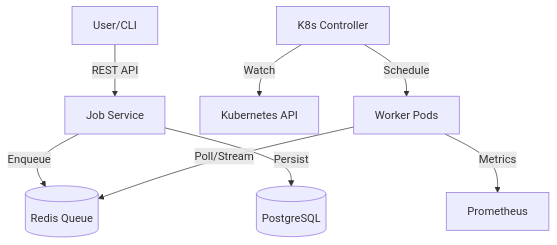
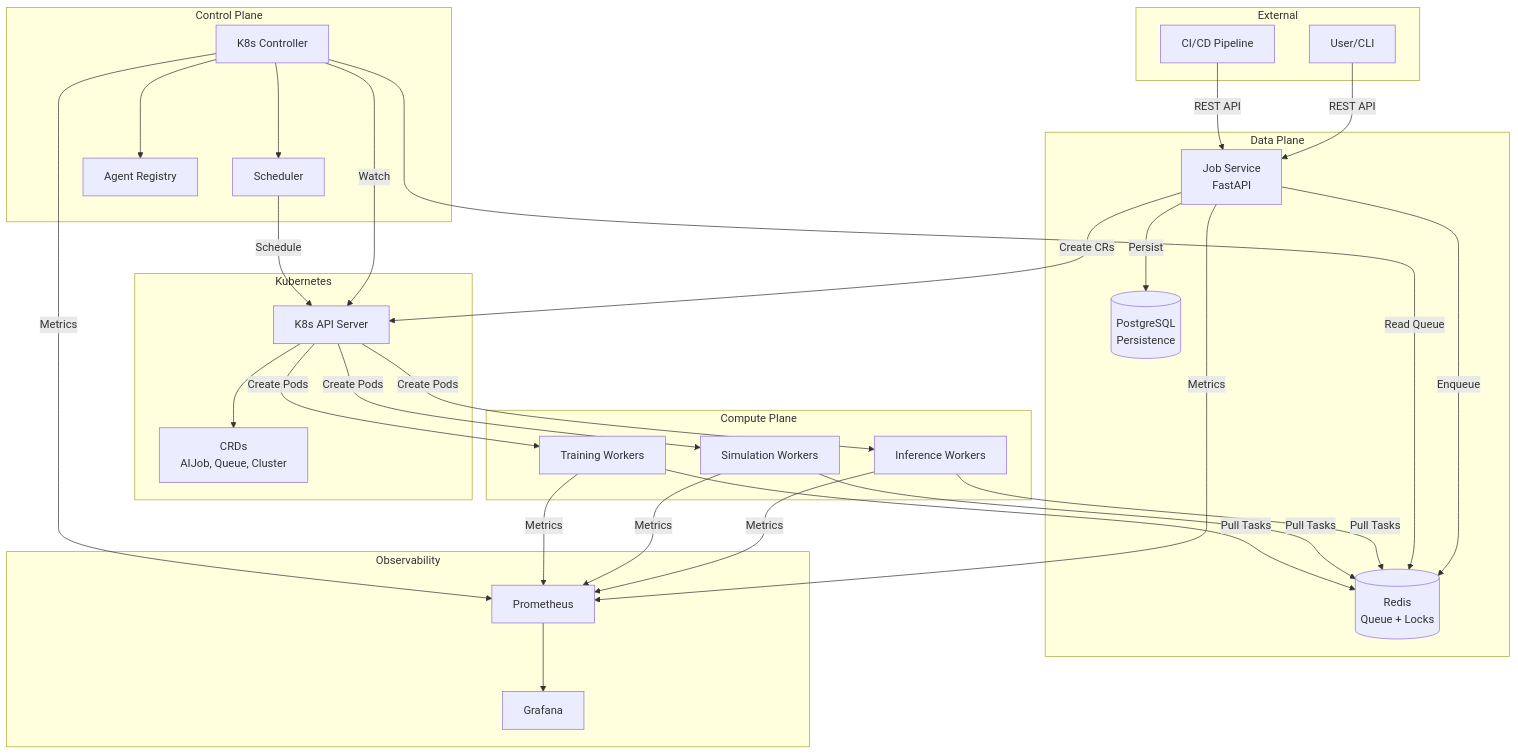
One commit to Pranav1011/K8s-AI-Job-Orchestrator changed the first of 3 diagrams in docs/architecture.md. Above: the diagram before and after it, drawn with Mermaid. The commit also changed other lines of this file and 10 other files, not shown here.

````diff
--- a/docs/architecture.md
+++ b/docs/architecture.md
@@ -26,12 +127,64 @@
 ```mermaid
 graph TD
-    User[User/CLI] -->|REST API| API[Job Service]
-    API -->|Enqueue| Redis[(Redis Queue)]
-    API -->|Persist| DB[(PostgreSQL)]
-    
-    Controller[K8s Controller] -->|Watch| K8s[Kubernetes API]
-    Controller -->|Schedule| Pods[Worker Pods]
-    
-    Pods -->|Poll/Stream| Redis
-    Pods -->|Metrics| Prometheus
+    subgraph "External"
+        User[User/CLI]
+        CI[CI/CD Pipeline]
+    end
+
+    subgraph "Data Plane"
+        API[Job Service<br/>FastAPI]
+        Redis[(Redis<br/>Queue + Locks)]
+        DB[(PostgreSQL<br/>Persistence)]
+    end
+
+    subgraph "Control Plane"
+        Controller[K8s Controller]
+        Scheduler[Scheduler]
+        AgentReg[Agent Registry]
+    end
+
+    subgraph "Kubernetes"
+        K8sAPI[K8s API Server]
+        CRDs[CRDs<br/>AIJob, Queue, Cluster]
+    end
+
+    subgraph "Compute Plane"
+        InfWorker[Inference Workers]
+        SimWorker[Simulation Workers]
+        TrainWorker[Training Workers]
+    end
+
+    subgraph "Observability"
+        Prom[Prometheus]
+        Grafana[Grafana]
+    end
+
+    User -->|REST API| API
+    CI -->|REST API| API
+    API -->|Enqueue| Redis
+    API -->|Persist| DB
+    API -->|Create CRs| K8sAPI
+
+    Controller -->|Watch| K8sAPI
+    Controller -->|Read Queue| Redis
+    Controller --> Scheduler
+    Controller --> AgentReg
+    Scheduler -->|Schedule| K8sAPI
+
+    K8sAPI --> CRDs
+    K8sAPI -->|Create Pods| InfWorker
+    K8sAPI -->|Create Pods| SimWorker
+    K8sAPI -->|Create Pods| TrainWorker
+
+    InfWorker -->|Pull Tasks| Redis
+    SimWorker -->|Pull Tasks| Redis
+    TrainWorker -->|Pull Tasks| Redis
+
+    InfWorker -->|Metrics| Prom
+    SimWorker -->|Metrics| Prom
+    TrainWorker -->|Metrics| Prom
+    API -->|Metrics| Prom
+    Controller -->|Metrics| Prom
+
+    Prom --> Grafana
 ```
````
